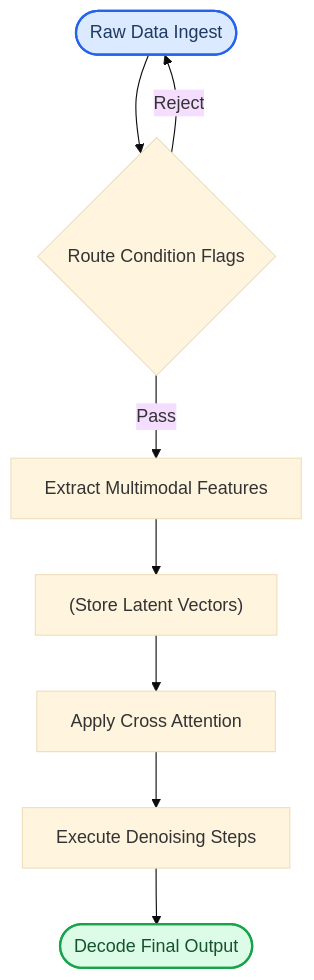
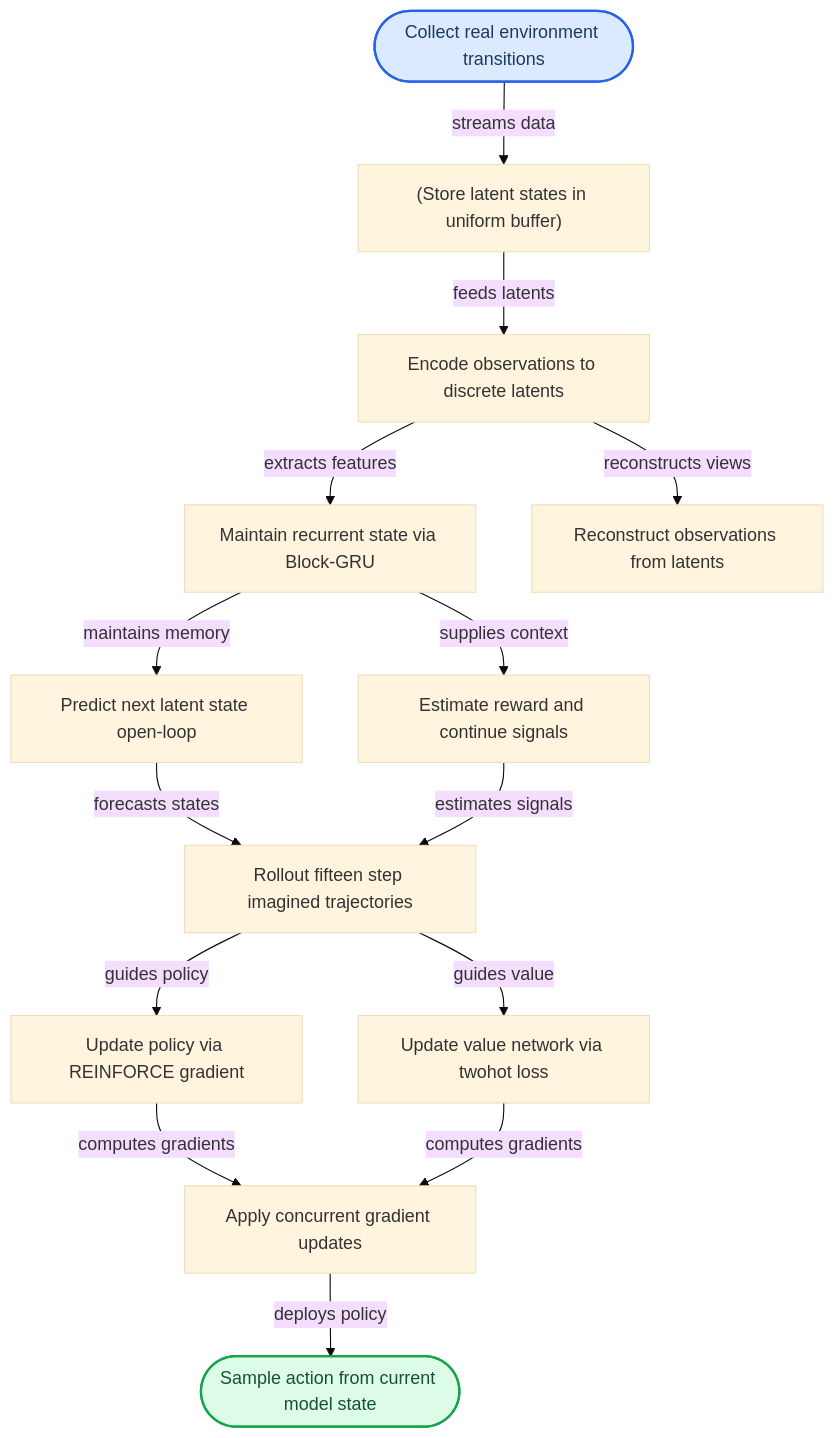
The third of 10 diagrams in person_vault/2026-06-08_MasteringDiverseDomainsThroughWorldModels_2301.04104/report.md (ShinewineW/paper-rolling), drawn with Mermaid (base theme) before and after one commit. The commit also changed other lines of this file and 51 other files, not shown here.

````diff
--- a/person_vault/2026-06-08_MasteringDiverseDomainsThroughWorldModels_2301.04104/report.md
+++ b/person_vault/2026-06-08_MasteringDiverseDomainsThroughWorldModels_2301.04104/report.md
@@ -124,22 +193,35 @@
 ```mermaid
 flowchart TB
-    start_node(["Raw Data Ingest"]):::required
-    condition_router{Route Condition Flags}
-    feature_extractor["Extract Multimodal Features"]
-    latent_store["(Store Latent Vectors)"]
-    fusion_gate["Apply Cross Attention"]
-    denoising_core["Execute Denoising Steps"]
-    end_node(["Decode Final Output"]):::output
+    env_interaction(["Collect real environment transitions"])
+    replay_buffer["(Store latent states in uniform buffer)"]
+    rssm_encoder["Encode observations to discrete latents"]
+    block_gru["Maintain recurrent state via Block-GRU"]
+    dynamics_predictor["Predict next latent state open-loop"]
+    reward_continue_predictor["Estimate reward and continue signals"]
+    decoder["Reconstruct observations from latents"]
+    latent_imagination["Rollout fifteen step imagined trajectories"]
+    actor_training["Update policy via REINFORCE gradient"]
+    critic_training["Update value network via twohot loss"]
+    concurrent_update["Apply concurrent gradient updates"]
+    inference_actor(["Sample action from current model state"])
 
-    start_node --> condition_router
-    condition_router -->|Pass| feature_extractor
-    condition_router -->|Reject| start_node
-    feature_extractor --> latent_store
-    latent_store --> fusion_gate
-    fusion_gate --> denoising_core
-    denoising_core --> end_node
+    env_interaction -->|streams data| replay_buffer
+    replay_buffer -->|feeds latents| rssm_encoder
+    rssm_encoder -->|extracts features| block_gru
+    block_gru -->|maintains memory| dynamics_predictor
+    dynamics_predictor -->|forecasts states| latent_imagination
+    block_gru -->|supplies context| reward_continue_predictor
+    reward_continue_predictor -->|estimates signals| latent_imagination
+    rssm_encoder -->|reconstructs views| decoder
+    latent_imagination -->|guides policy| actor_training
+    latent_imagination -->|guides value| critic_training
+    actor_training -->|computes gradients| concurrent_update
+    critic_training -->|computes gradients| concurrent_update
+    concurrent_update -->|deploys policy| inference_actor
 
     classDef required fill:#dbeafe,stroke:#2563eb,stroke-width:2px,color:#1e3a5f
     classDef output fill:#dcfce7,stroke:#16a34a,stroke-width:2px,color:#14532d
     classDef optional fill:#fef9c3,stroke:#ca8a04,stroke-width:2px,color:#713f12
+    class env_interaction required
+    class inference_actor output
 ```
````
